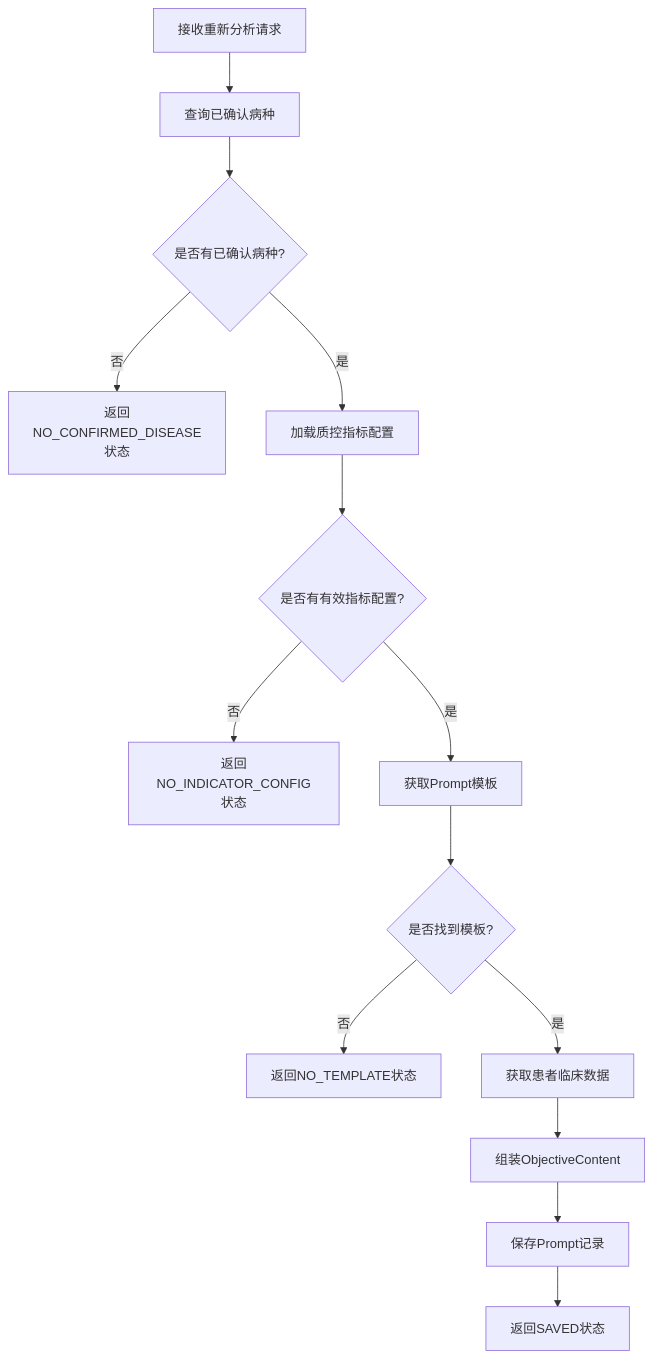
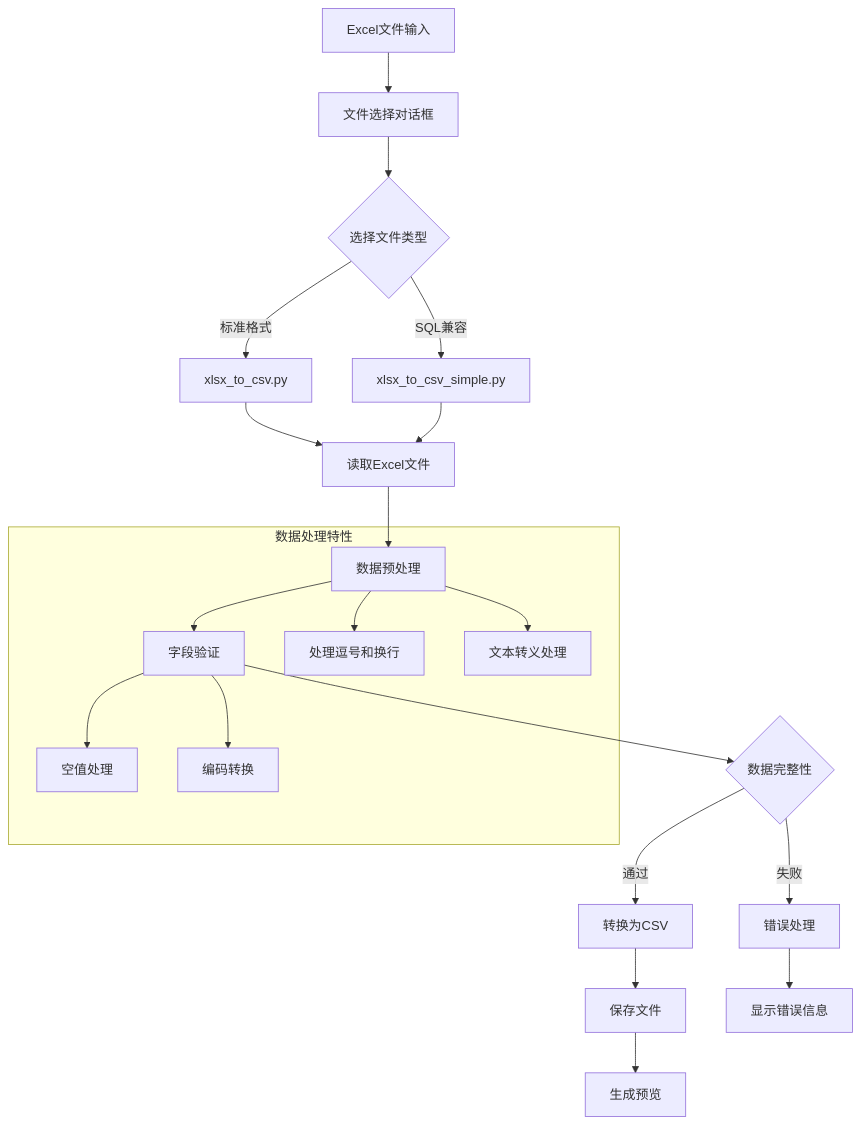
One commit to liuzh2008/med_ai_assistant_workspace changed the fourth of 6 diagrams in .qoder/repowiki/zh/content/QC评估引擎.md. Above: the diagram before and after it, drawn with Mermaid. The commit also changed other lines of this file and 5 other files, not shown here.

````diff
--- a/.qoder/repowiki/zh/content/QC评估引擎.md
+++ b/.qoder/repowiki/zh/content/QC评估引擎.md
@@ -479,16 +249,23 @@
 ```mermaid
 flowchart TD
-A[接收重新分析请求] --> B[查询已确认病种]
-B --> C{是否有已确认病种?}
-C --> |否| D[返回NO_CONFIRMED_DISEASE状态]
-C --> |是| E[加载质控指标配置]
-E --> F{是否有有效指标配置?}
-F --> |否| G[返回NO_INDICATOR_CONFIG状态]
-F --> |是| H[获取Prompt模板]
-H --> I{是否找到模板?}
-I --> |否| J[返回NO_TEMPLATE状态]
-I --> |是| K[获取患者临床数据]
-K --> L[组装ObjectiveContent]
-L --> M[保存Prompt记录]
-M --> N[返回SAVED状态]
+A[Excel文件输入] --> B[文件选择对话框]
+B --> C{选择文件类型}
+C --> |标准格式| D[xlsx_to_csv.py]
+C --> |SQL兼容| E[xlsx_to_csv_simple.py]
+D --> F[读取Excel文件]
+E --> F
+F --> G[数据预处理]
+G --> H[字段验证]
+H --> I{数据完整性}
+I --> |通过| J[转换为CSV]
+I --> |失败| K[错误处理]
+J --> L[保存文件]
+L --> M[生成预览]
+K --> N[显示错误信息]
+subgraph "数据处理特性"
+G --> O[处理逗号和换行]
+G --> P[文本转义处理]
+H --> Q[空值处理]
+H --> R[编码转换]
+end
 ```
````
